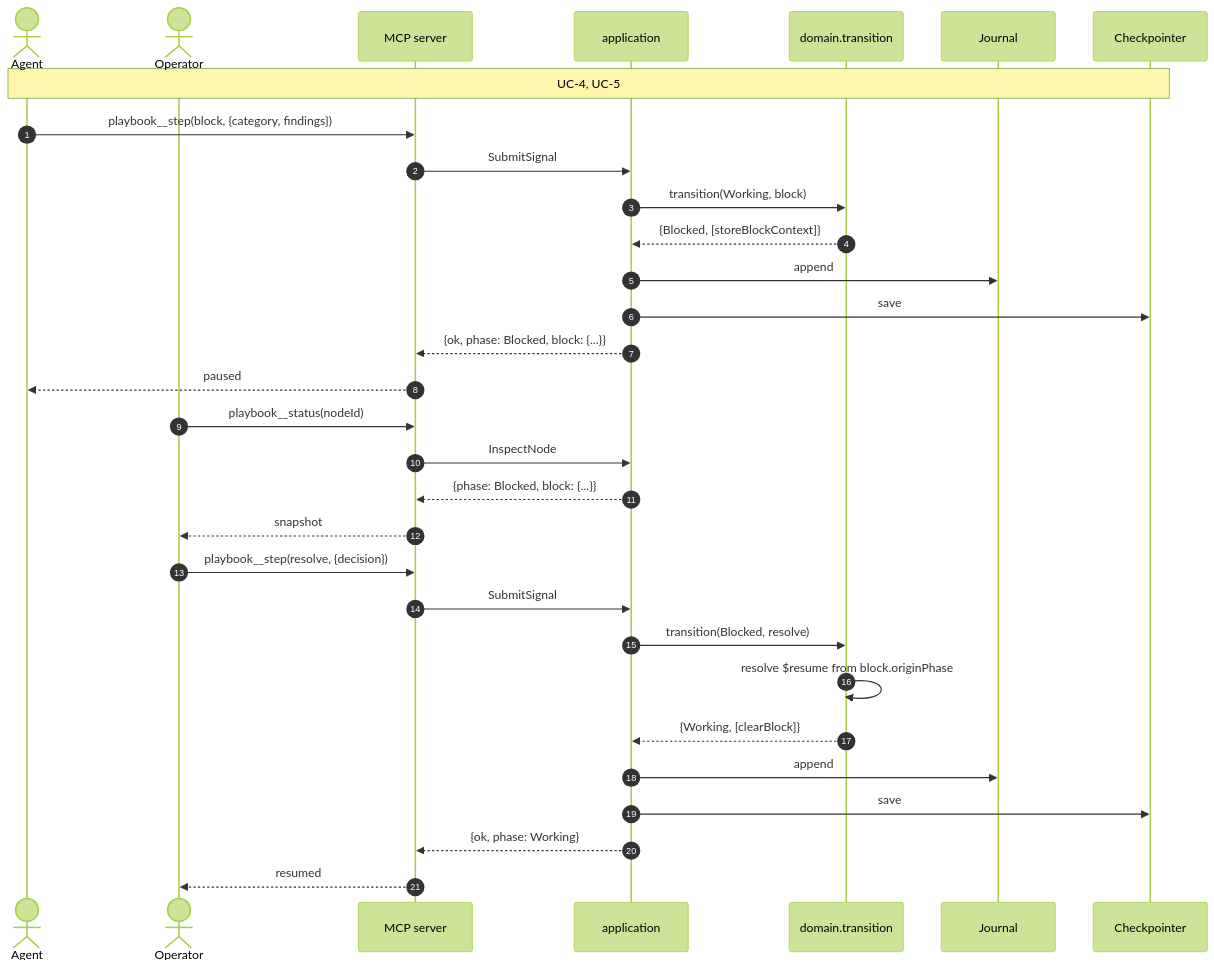
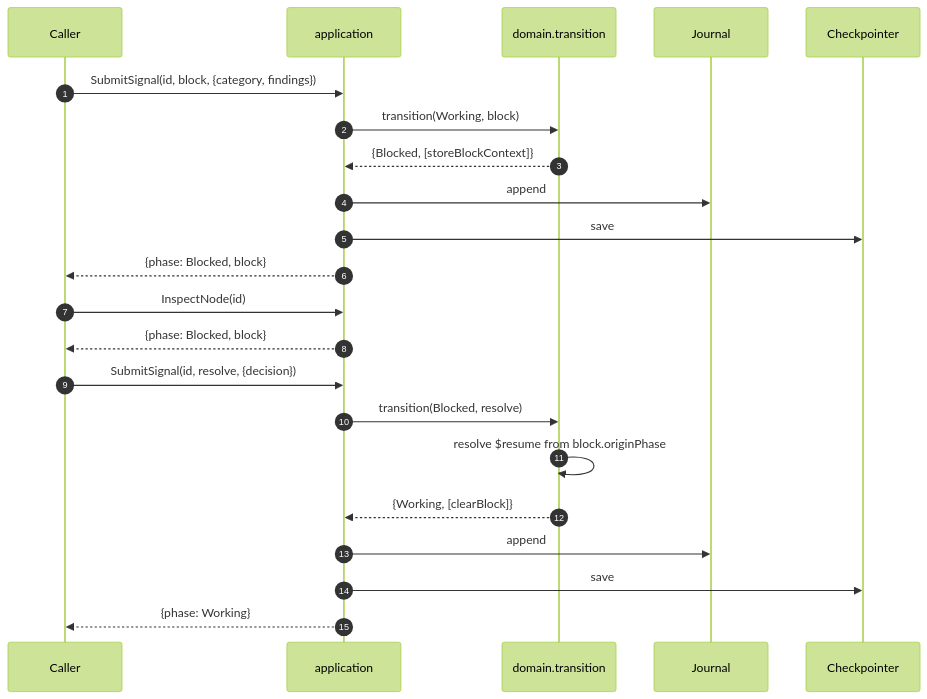
The second of 5 diagrams in architecture.md (foreman-lab/handbook), drawn with Mermaid (forest theme) before and after one commit. The commit also changed other lines of this file, not shown here.

First line of the commit message:
docs: make state machine architecture standalone (no transport)

````diff
--- a/architecture.md
+++ b/architecture.md
@@ -408,37 +397,27 @@
 ```mermaid
 sequenceDiagram
     autonumber
-    actor Ag as Agent
-    actor Op as Operator
-    participant MCP as MCP server
+    participant C as Caller
     participant UC as application
     participant Dom as domain.transition
     participant JR as Journal
     participant CP as Checkpointer
 
-    Note over Ag,CP: UC-4, UC-5
-
-    Ag->>MCP: playbook__step(block, {category, findings})
-    MCP->>UC: SubmitSignal
+    C->>UC: SubmitSignal(id, block, {category, findings})
     UC->>Dom: transition(Working, block)
     Dom-->>UC: {Blocked, [storeBlockContext]}
     UC->>JR: append
     UC->>CP: save
-    UC-->>MCP: {ok, phase: Blocked, block: {...}}
-    MCP-->>Ag: paused
+    UC-->>C: {phase: Blocked, block}
 
-    Op->>MCP: playbook__status(nodeId)
-    MCP->>UC: InspectNode
-    UC-->>MCP: {phase: Blocked, block: {...}}
-    MCP-->>Op: snapshot
+    C->>UC: InspectNode(id)
+    UC-->>C: {phase: Blocked, block}
 
-    Op->>MCP: playbook__step(resolve, {decision})
-    MCP->>UC: SubmitSignal
+    C->>UC: SubmitSignal(id, resolve, {decision})
     UC->>Dom: transition(Blocked, resolve)
     Dom->>Dom: resolve $resume from block.originPhase
     Dom-->>UC: {Working, [clearBlock]}
     UC->>JR: append
     UC->>CP: save
-    UC-->>MCP: {ok, phase: Working}
-    MCP-->>Op: resumed
+    UC-->>C: {phase: Working}
 ```
````
